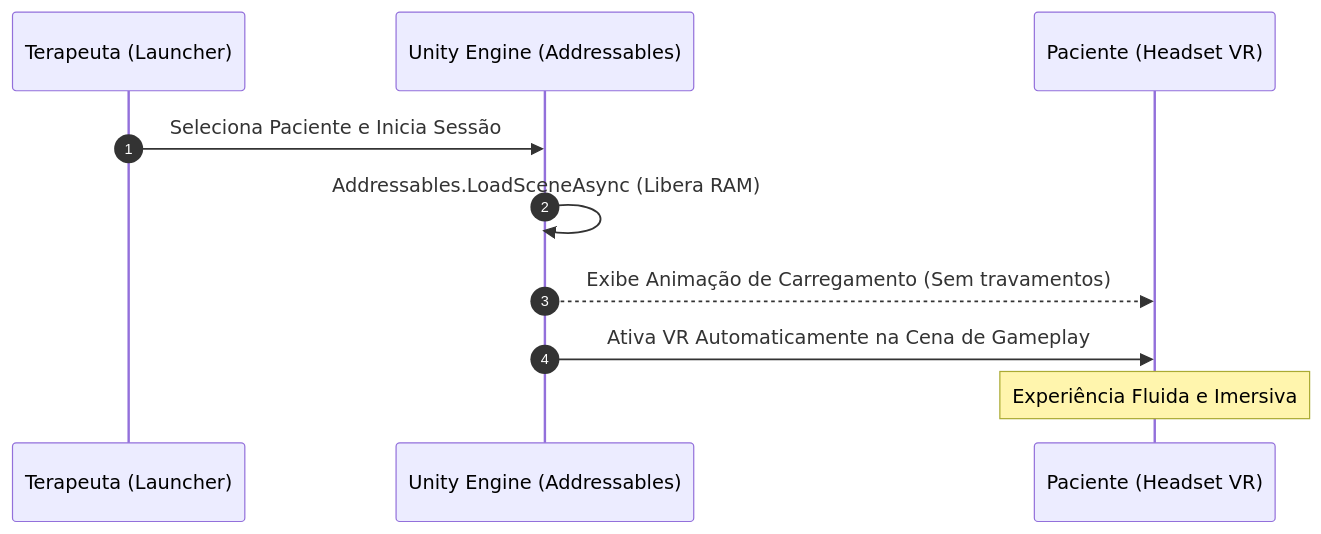
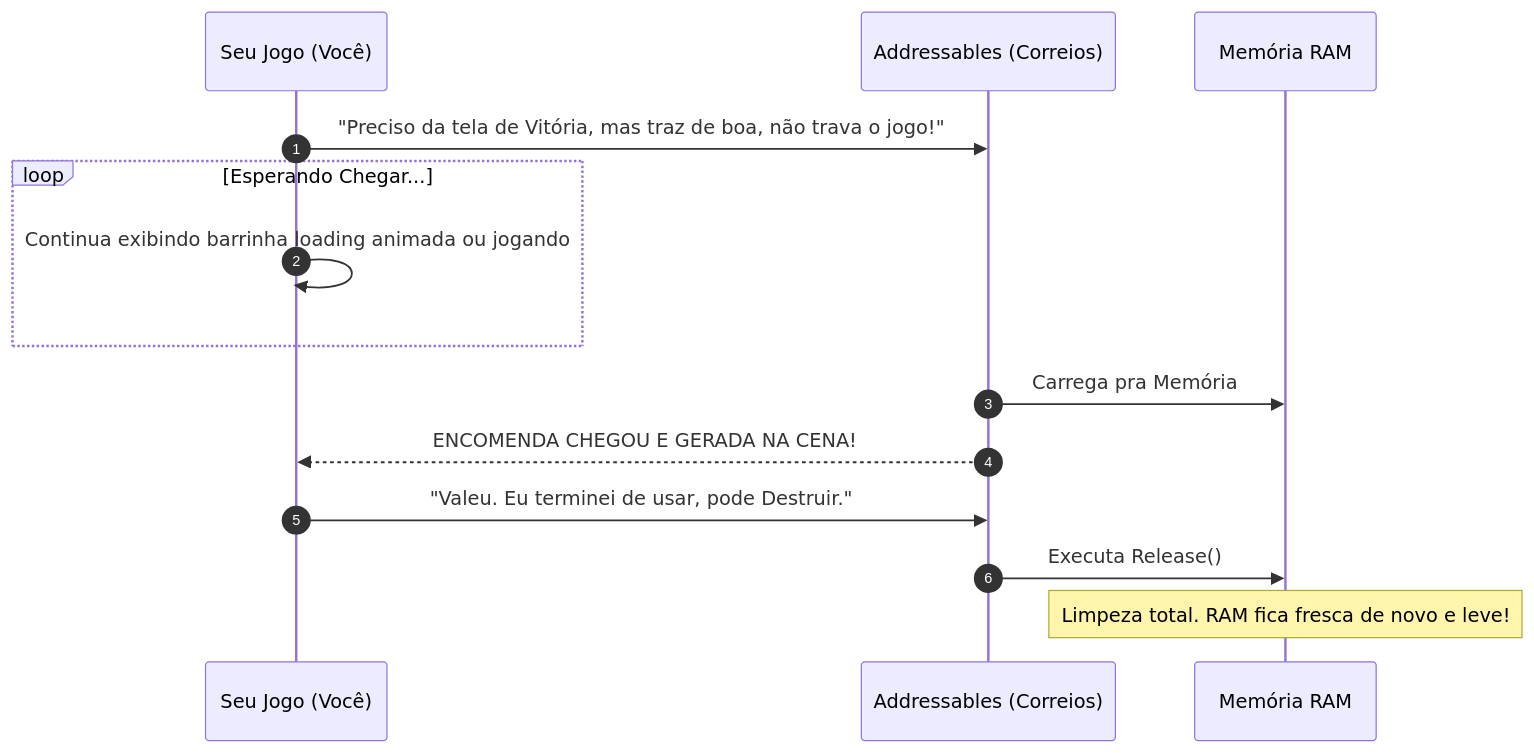
The second of 6 diagrams in HandsOn/glossary/GLOSSARY.MD (jeffersonrodrigues343/DevGames-CsharpHandOn), drawn with Mermaid before and after one commit. The commit also changed other lines of this file, not shown here.

Commit message:
update: correção do conceito de addressables

````diff
--- a/HandsOn/glossary/GLOSSARY.MD
+++ b/HandsOn/glossary/GLOSSARY.MD
@@ -85,13 +107,17 @@
 ```mermaid
 sequenceDiagram
     autonumber
-    participant T as Terapeuta (Launcher)
-    participant U as Unity Engine (Addressables)
-    participant P as Paciente (Headset VR)
+    participant C as Seu Jogo (Você)
+    participant A as Addressables (Correios)
+    participant RAM as Memória RAM
 
-    T->>U: Seleciona Paciente e Inicia Sessão
-    U->>U: Addressables.LoadSceneAsync (Libera RAM)
-    U-->>P: Exibe Animação de Carregamento (Sem travamentos)
-    U->>P: Ativa VR Automaticamente na Cena de Gameplay
-    Note over P: Experiência Fluida e Imersiva
+    C->>A: "Preciso da tela de Vitória, mas traz de boa, não trava o jogo!"
+    loop Esperando Chegar...
+        C->>C: Continua exibindo barrinha loading animada ou jogando
+    end
+    A->>RAM: Carrega pra Memória
+    A-->>C: ENCOMENDA CHEGOU E GERADA NA CENA!
+    C->>A: "Valeu. Eu terminei de usar, pode Destruir."
+    A->>RAM: Executa Release()
+    Note over RAM: Limpeza total. RAM fica fresca de novo e leve!
 ```
````
